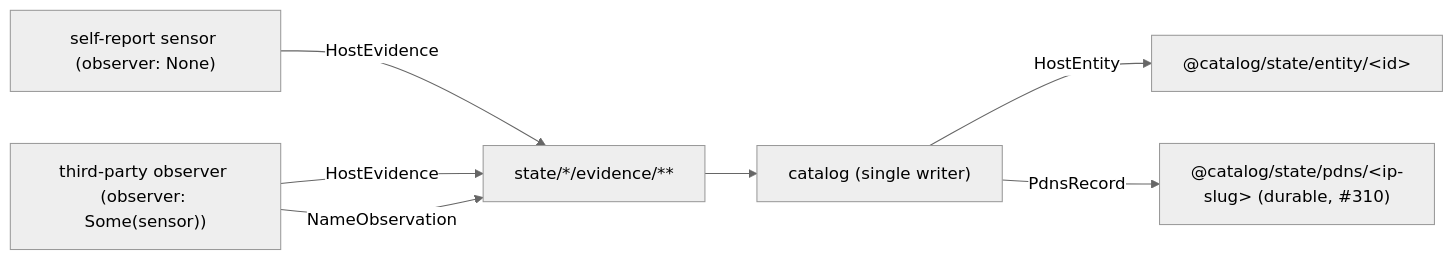
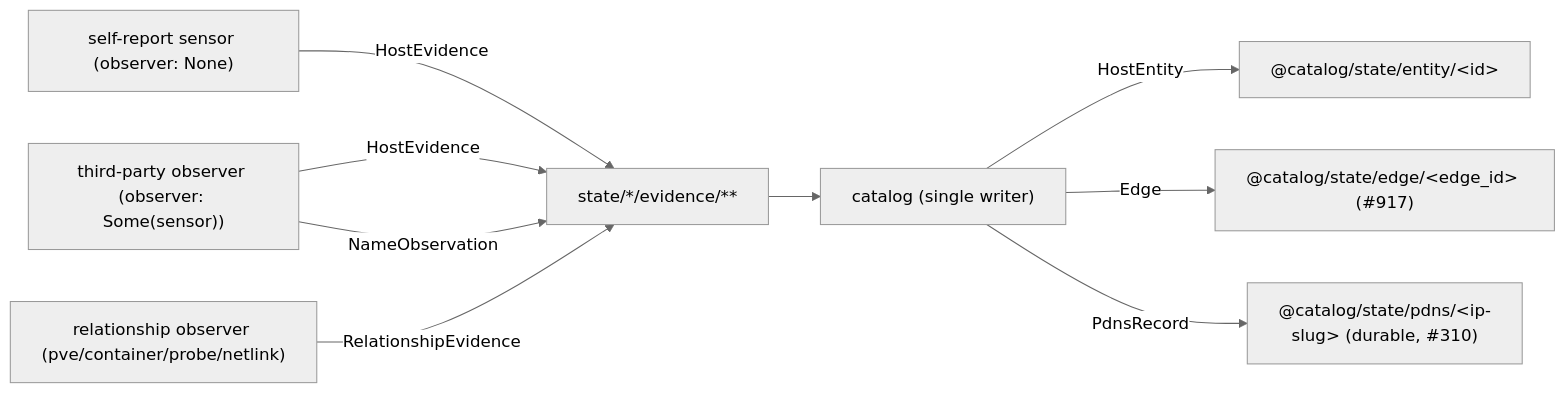
Before and after one commit to p13marc/zensight: the diagram in zensight-common/docs/identity-evidence.md, drawn with Mermaid (neutral theme). The commit also changed other lines of this file and 6 other files, not shown here.

First line of the commit message:
docs: the topology graph, its RFC status, and a consumer recipe

````diff
--- a/zensight-common/docs/identity-evidence.md
+++ b/zensight-common/docs/identity-evidence.md
@@ -14,9 +14,11 @@
 ```mermaid
 flowchart LR
     Self["self-report sensor (observer: None)"] -->|"HostEvidence"| Evidence["state/*/evidence/**"]
     Third["third-party observer (observer: Some(sensor))"] -->|"HostEvidence"| Evidence
     Third -->|"NameObservation"| Evidence
+    Rel["relationship observer (pve/container/probe/netlink)"] -->|"RelationshipEvidence"| Evidence
     Evidence --> Correlator["catalog (single writer)"]
     Correlator -->|"HostEntity"| Entity["@catalog/state/entity/&lt;id&gt;"]
+    Correlator -->|"Edge"| Edge["@catalog/state/edge/&lt;edge_id&gt; (#917)"]
     Correlator -->|"PdnsRecord"| Pdns["@catalog/state/pdns/&lt;ip-slug&gt; (durable, #310)"]
 ```
````
